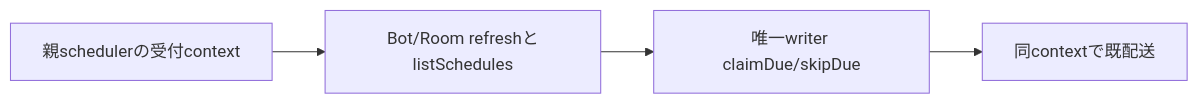
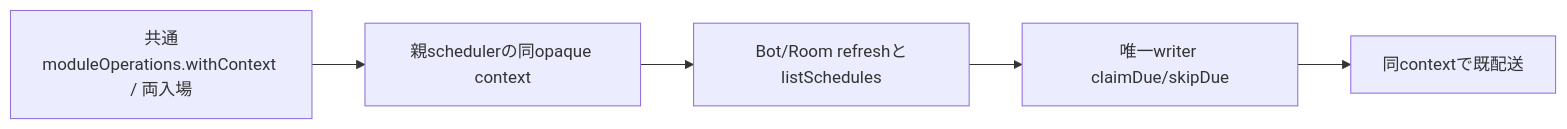
Before and after one commit to kitepon/BellTeam: the third of 3 diagrams in docs/architecture/modules/members/schedules.md, drawn with Mermaid. The commit also changed other lines of this file and 5 other files, not shown here.

Commit message:
feat(members): reserve module operation context before scheduled work and removal

````diff
--- a/docs/architecture/modules/members/schedules.md
+++ b/docs/architecture/modules/members/schedules.md
@@ -96,6 +96,7 @@
 ```mermaid
 flowchart LR
-  Accepted[親schedulerの受付context] --> Fresh[Bot/Room refreshとlistSchedules]
+  Reserve[共通moduleOperations.withContext / 両入場] --> Accepted[親schedulerの同opaque context]
+  Accepted --> Fresh[Bot/Room refreshとlistSchedules]
   Fresh --> Claim[唯一writer claimDue/skipDue]
   Claim --> Delivery[同contextで既配送]
 ```
````
